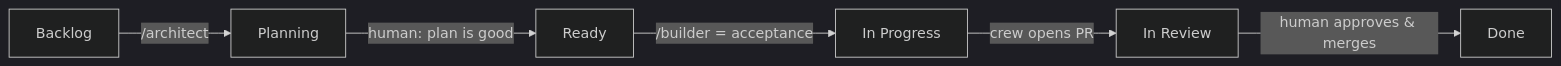
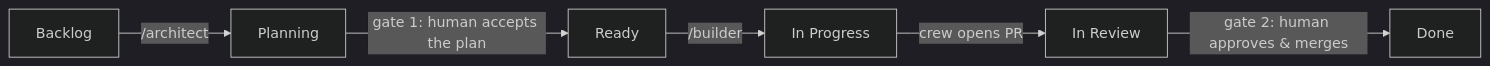
One commit to Ganador1/facility changed the diagram in README.md. Above: the diagram before and after it, drawn with Mermaid (dark theme). The commit also changed other lines of this file and 61 other files, not shown here.

````diff
--- a/README.md
+++ b/README.md
@@ -77,8 +82,8 @@
 ```mermaid
 flowchart LR
     B[Backlog] -->|"/architect"| P[Planning]
-    P -->|human: plan is good| R[Ready]
-    R -->|"/builder = acceptance"| IP[In Progress]
+    P -->|"gate 1: human accepts the plan"| R[Ready]
+    R -->|"/builder"| IP[In Progress]
     IP -->|crew opens PR| IR[In Review]
-    IR -->|human approves & merges| D[Done]
+    IR -->|"gate 2: human approves & merges"| D[Done]
 ```
````
